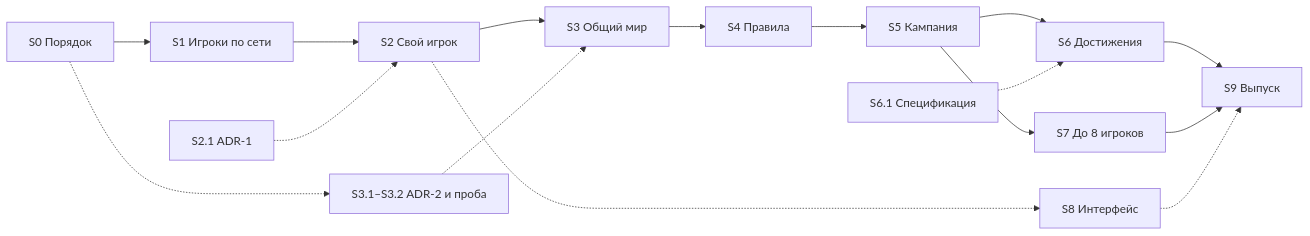
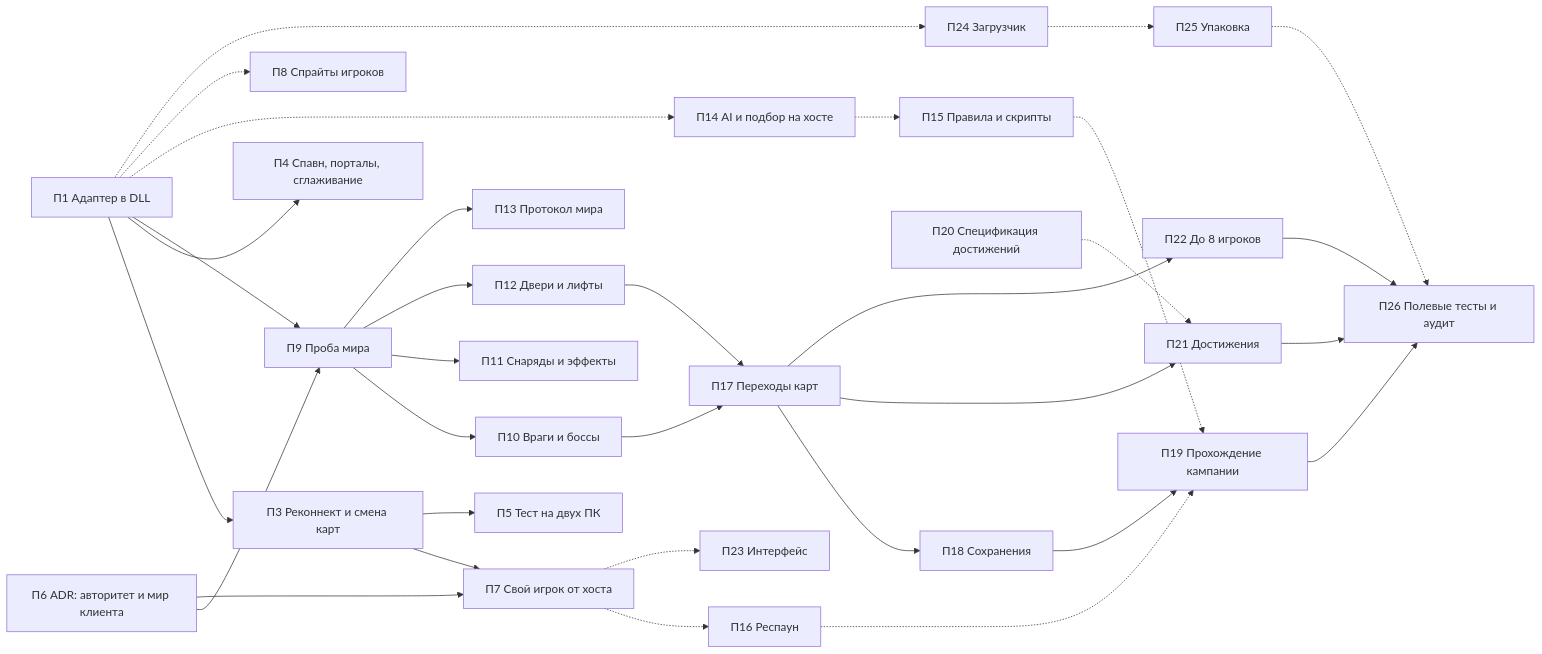
One commit to Vadson159/PowerSlave-Exhumed-Together changed the diagram in docs/ROADMAP.md. Above: the diagram before and after it, drawn with Mermaid. The commit also changed other lines of this file and 384 other files, not shown here.

````diff
--- a/docs/ROADMAP.md
+++ b/docs/ROADMAP.md
@@ -203,18 +258,34 @@
 ```mermaid
 flowchart LR
-    S0["S0 Порядок"] --> S1["S1 Игроки по сети"]
-    S1 --> S2["S2 Свой игрок"]
-    S2 --> S3["S3 Общий мир"]
-    S3 --> S4["S4 Правила"]
-    S4 --> S5["S5 Кампания"]
-    S5 --> S6["S6 Достижения"]
-    S5 --> S7["S7 До 8 игроков"]
-    S6 --> S9["S9 Выпуск"]
-    S7 --> S9
-    S2 -.-> S8["S8 Интерфейс"]
-    S8 -.-> S9
-    S0 -.-> A2["S3.1–S3.2 ADR-2 и проба"]
-    A2 -.-> S3
-    A1["S2.1 ADR-1"] -.-> S2
-    SP["S6.1 Спецификация"] -.-> S6
+    P1["П1 Адаптер в DLL"] --> P3["П3 Реконнект и смена карт"]
+    P1 --> P4["П4 Спавн, порталы, сглаживание"]
+    P1 --> P9["П9 Проба мира"]
+    P6["П6 ADR: авторитет и мир клиента"] --> P9
+    P6 --> P7["П7 Свой игрок от хоста"]
+    P3 --> P7
+    P3 --> P5["П5 Тест на двух ПК"]
+    P9 --> P10["П10 Враги и боссы"]
+    P9 --> P11["П11 Снаряды и эффекты"]
+    P9 --> P12["П12 Двери и лифты"]
+    P9 --> P13["П13 Протокол мира"]
+    P10 --> P17["П17 Переходы карт"]
+    P12 --> P17
+    P17 --> P18["П18 Сохранения"]
+    P17 --> P21["П21 Достижения"]
+    P17 --> P22["П22 До 8 игроков"]
+    P18 --> P19["П19 Прохождение кампании"]
+    P19 --> P26["П26 Полевые тесты и аудит"]
+    P21 --> P26
+    P22 --> P26
+    P1 -.-> P14["П14 AI и подбор на хосте"]
+    P14 -.-> P15["П15 Правила и скрипты"]
+    P15 -.-> P19
+    P7 -.-> P16["П16 Респаун"]
+    P16 -.-> P19
+    P7 -.-> P23["П23 Интерфейс"]
+    P1 -.-> P8["П8 Спрайты игроков"]
+    P20["П20 Спецификация достижений"] -.-> P21
+    P1 -.-> P24["П24 Загрузчик"]
+    P24 -.-> P25["П25 Упаковка"]
+    P25 -.-> P26
 ```
````
